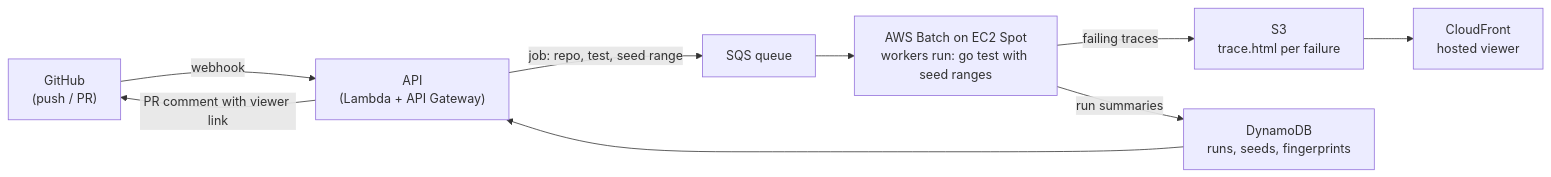
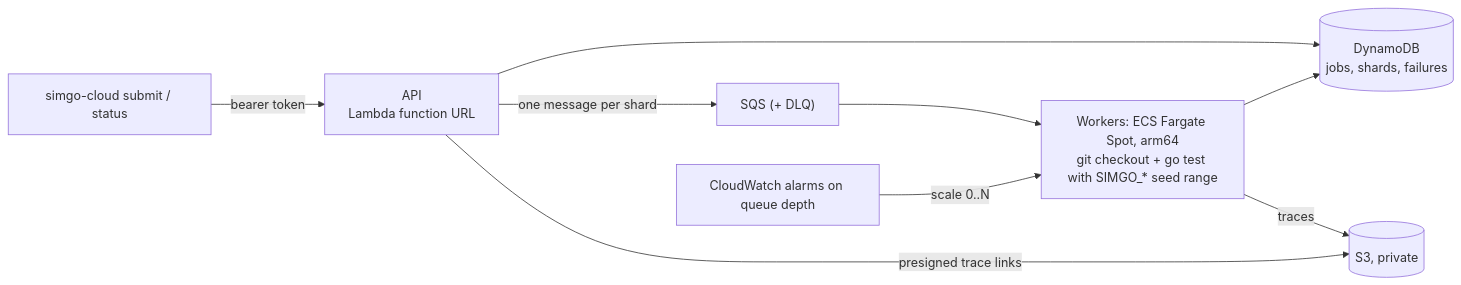
Before and after one commit to Garvit-Jethwani/simgo: the fifth of 5 diagrams in docs/ARCHITECTURE.md, drawn with Mermaid. The commit also changed other lines of this file and 3 other files, not shown here.

````diff
--- a/docs/ARCHITECTURE.md
+++ b/docs/ARCHITECTURE.md
@@ -230,11 +231,11 @@
 ```mermaid
 flowchart LR
-    GH["GitHub<br/>(push / PR)"] -->|webhook| API["API<br/>(Lambda + API Gateway)"]
-    API -->|job: repo, test, seed range| SQS["SQS queue"]
-    SQS --> BATCH["AWS Batch on EC2 Spot<br/>workers run: go test with seed ranges"]
-    BATCH -->|failing traces| S3["S3<br/>trace.html per failure"]
-    BATCH -->|run summaries| DDB["DynamoDB<br/>runs, seeds, fingerprints"]
-    S3 --> CF["CloudFront<br/>hosted viewer"]
-    DDB --> API
-    API -->|PR comment with viewer link| GH
+    CLI["simgo-cloud submit / status"] -->|bearer token| API["API<br/>Lambda function URL"]
+    API --> DDB[("DynamoDB<br/>jobs, shards, failures")]
+    API -->|one message per shard| SQS["SQS (+ DLQ)"]
+    SQS --> W["Workers: ECS Fargate Spot, arm64<br/>git checkout + go test with SIMGO_* seed range"]
+    W -->|traces| S3[("S3, private")]
+    W --> DDB
+    CW["CloudWatch alarms on queue depth"] -->|scale 0..N| W
+    API -->|presigned trace links| S3
 ```
````
